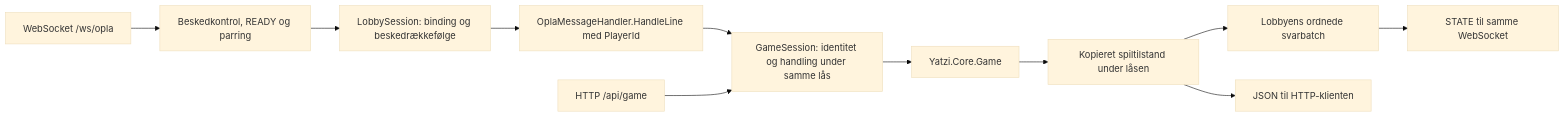
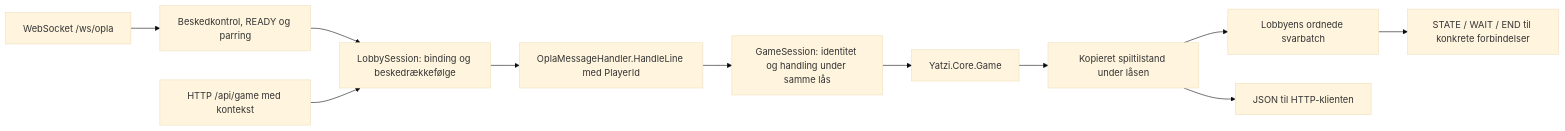
Before and after one commit to Bmantaz/H3-Yatzi: the diagram in docs/opla-handler.md, drawn with Mermaid (base theme). The commit also changed other lines of this file and 48 other files, not shown here.

````diff
--- a/docs/opla-handler.md
+++ b/docs/opla-handler.md
@@ -17,13 +17,13 @@
 ```mermaid
 flowchart LR
     Input["WebSocket /ws/opla"] --> Access["Beskedkontrol, READY og parring"]
     Access --> Lobby["LobbySession: binding og beskedrækkefølge"]
     Lobby --> Handler["OplaMessageHandler.HandleLine med PlayerId"]
     Handler --> Session["GameSession: identitet og handling under samme lås"]
-    Http["HTTP /api/game"] --> Session
+    Http["HTTP /api/game med kontekst"] --> Lobby
     Session --> Core["Yatzi.Core.Game"]
     Core --> Snapshot["Kopieret spiltilstand under låsen"]
     Snapshot --> Queue["Lobbyens ordnede svarbatch"]
-    Queue --> State["STATE til samme WebSocket"]
+    Queue --> State["STATE / WAIT / END til konkrete forbindelser"]
     Snapshot --> Json["JSON til HTTP-klienten"]
 ```
````
